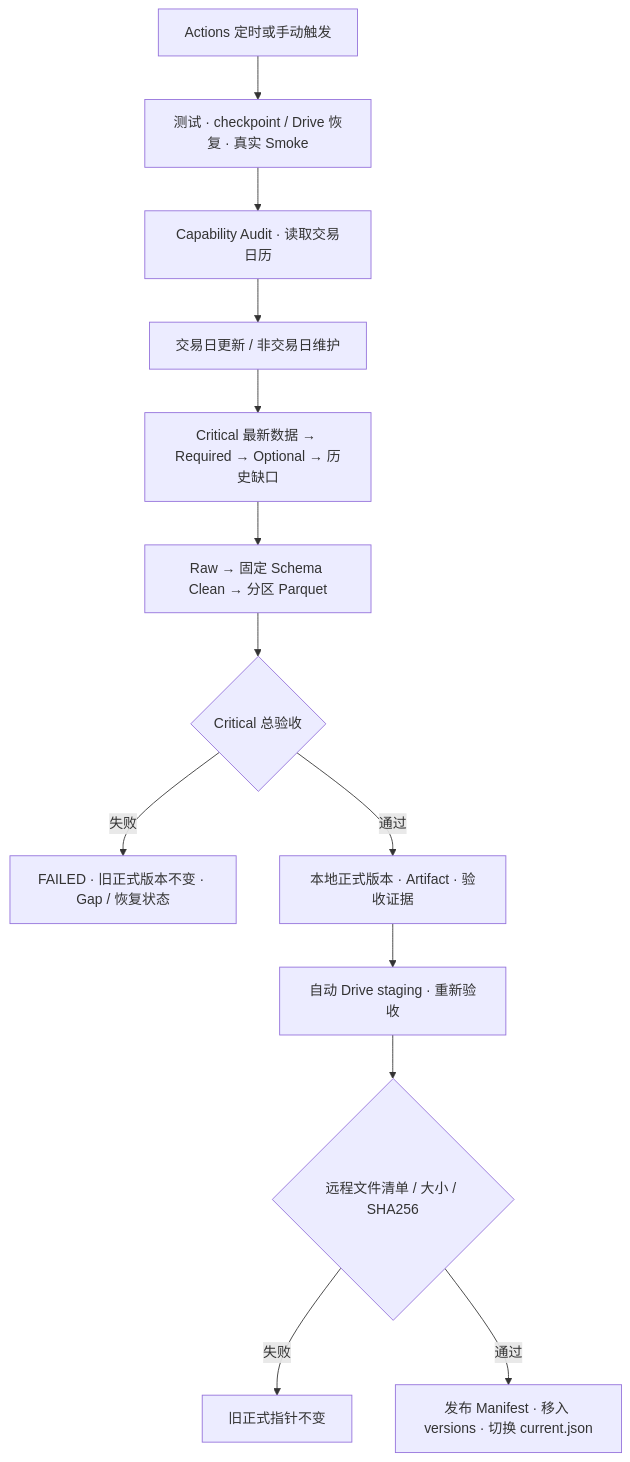
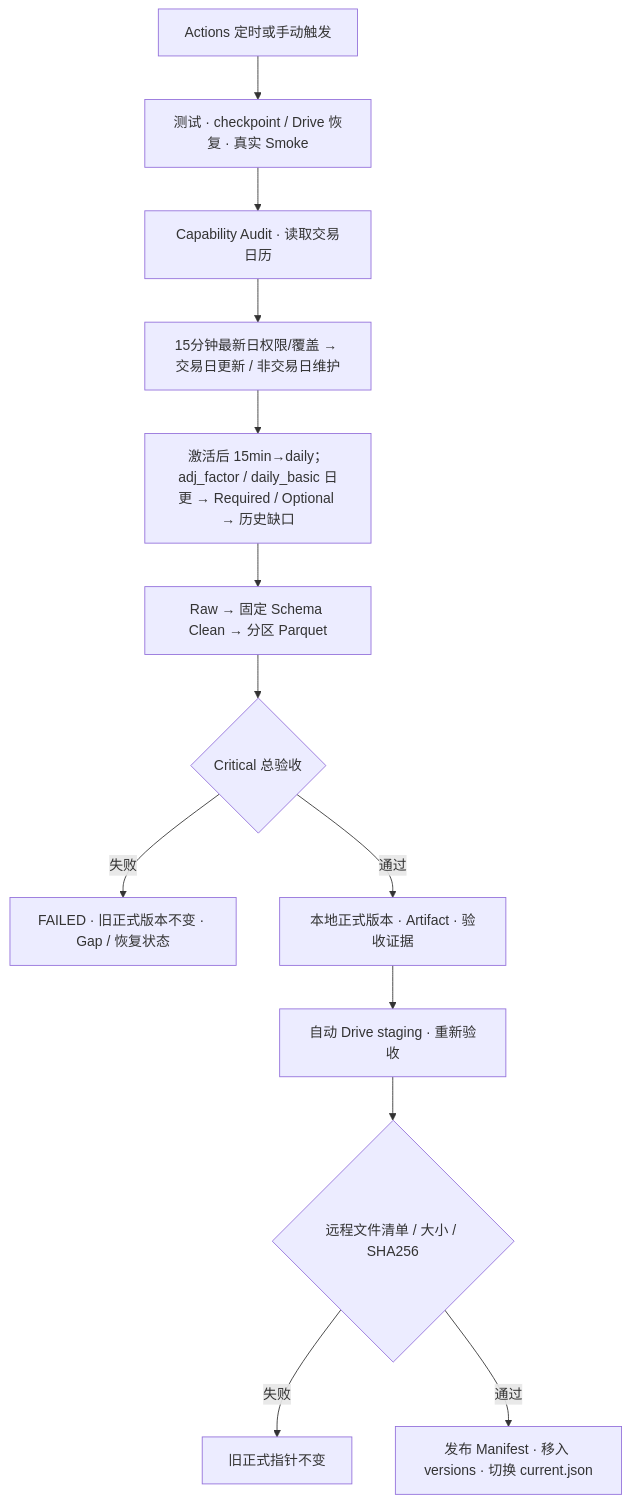
Before and after one commit to magangwwd/ashare-research-infra: the diagram in docs/roadmap.md, drawn with Mermaid. The commit also changed other lines of this file, not shown here.

Commit message:
Update roadmap for verified core fast lane and 15-minute rollout

````diff
--- a/docs/roadmap.md
+++ b/docs/roadmap.md
@@ -40,15 +41,15 @@
 ```mermaid
 flowchart TD
     A["Actions 定时或手动触发"] --> B["测试 · checkpoint / Drive 恢复 · 真实 Smoke"]
     B --> C["Capability Audit · 读取交易日历"]
-    C --> D["交易日更新 / 非交易日维护"]
-    D --> E["Critical 最新数据 → Required → Optional → 历史缺口"]
+    C --> D["15分钟最新日权限/覆盖 → 交易日更新 / 非交易日维护"]
+    D --> E["激活后 15min→daily；adj_factor / daily_basic 日更 → Required / Optional → 历史缺口"]
     E --> F["Raw → 固定 Schema Clean → 分区 Parquet"]
     F --> G{"Critical 总验收"}
     G -->|失败| H["FAILED · 旧正式版本不变 · Gap / 恢复状态"]
     G -->|通过| I["本地正式版本 · Artifact · 验收证据"]
     I --> J["自动 Drive staging · 重新验收"]
     J --> K{"远程文件清单 / 大小 / SHA256"}
     K -->|失败| L["旧正式指针不变"]
     K -->|通过| M["发布 Manifest · 移入 versions · 切换 current.json"]
 ```
````
